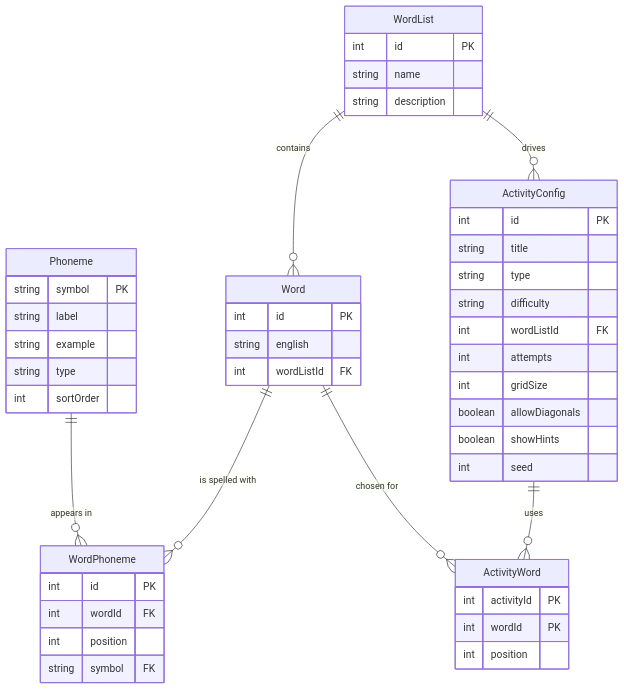
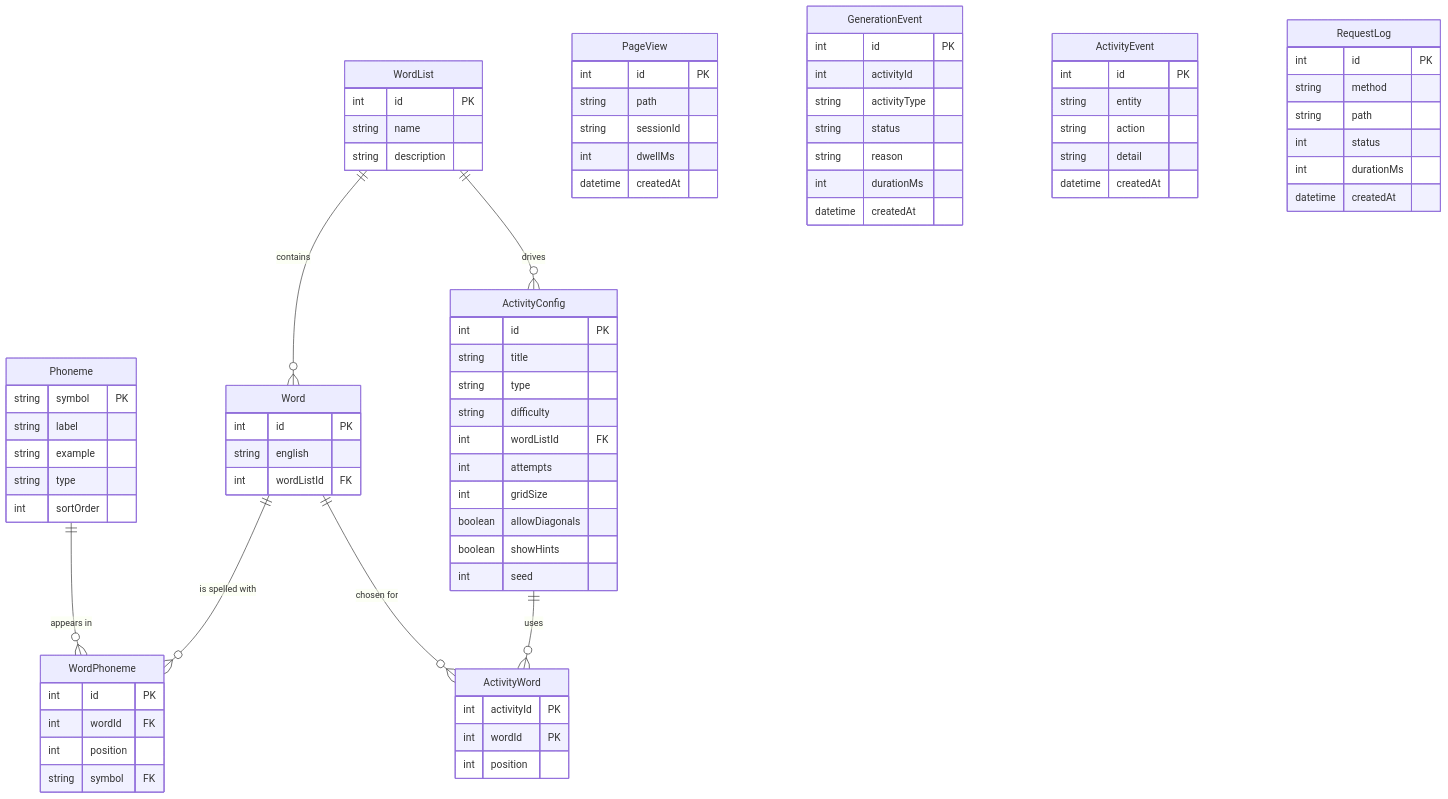
Before and after one commit to ReedStel/phoneme-activity-builder: the diagram in README.md, drawn with Mermaid. The commit also changed other lines of this file, not shown here.

````diff
--- a/README.md
+++ b/README.md
@@ -106,50 +143,81 @@
 ```mermaid
 erDiagram
   WordList ||--o{ Word : contains
   Word ||--o{ WordPhoneme : "is spelled with"
   Phoneme ||--o{ WordPhoneme : "appears in"
   WordList ||--o{ ActivityConfig : drives
   ActivityConfig ||--o{ ActivityWord : uses
   Word ||--o{ ActivityWord : "chosen for"
 
   Phoneme {
     string symbol PK
     string label
     string example
     string type
     int sortOrder
   }
   WordList {
     int id PK
     string name
     string description
   }
   Word {
     int id PK
     string english
     int wordListId FK
   }
   WordPhoneme {
     int id PK
     int wordId FK
     int position
     string symbol FK
   }
   ActivityConfig {
     int id PK
     string title
     string type
     string difficulty
     int wordListId FK
     int attempts
     int gridSize
     boolean allowDiagonals
     boolean showHints
     int seed
   }
   ActivityWord {
     int activityId PK
     int wordId PK
     int position
   }
+  PageView {
+    int id PK
+    string path
+    string sessionId
+    int dwellMs
+    datetime createdAt
+  }
+  GenerationEvent {
+    int id PK
+    int activityId
+    string activityType
+    string status
+    string reason
+    int durationMs
+    datetime createdAt
+  }
+  ActivityEvent {
+    int id PK
+    string entity
+    string action
+    string detail
+    datetime createdAt
+  }
+  RequestLog {
+    int id PK
+    string method
+    string path
+    int status
+    int durationMs
+    datetime createdAt
+  }
 ```
````
